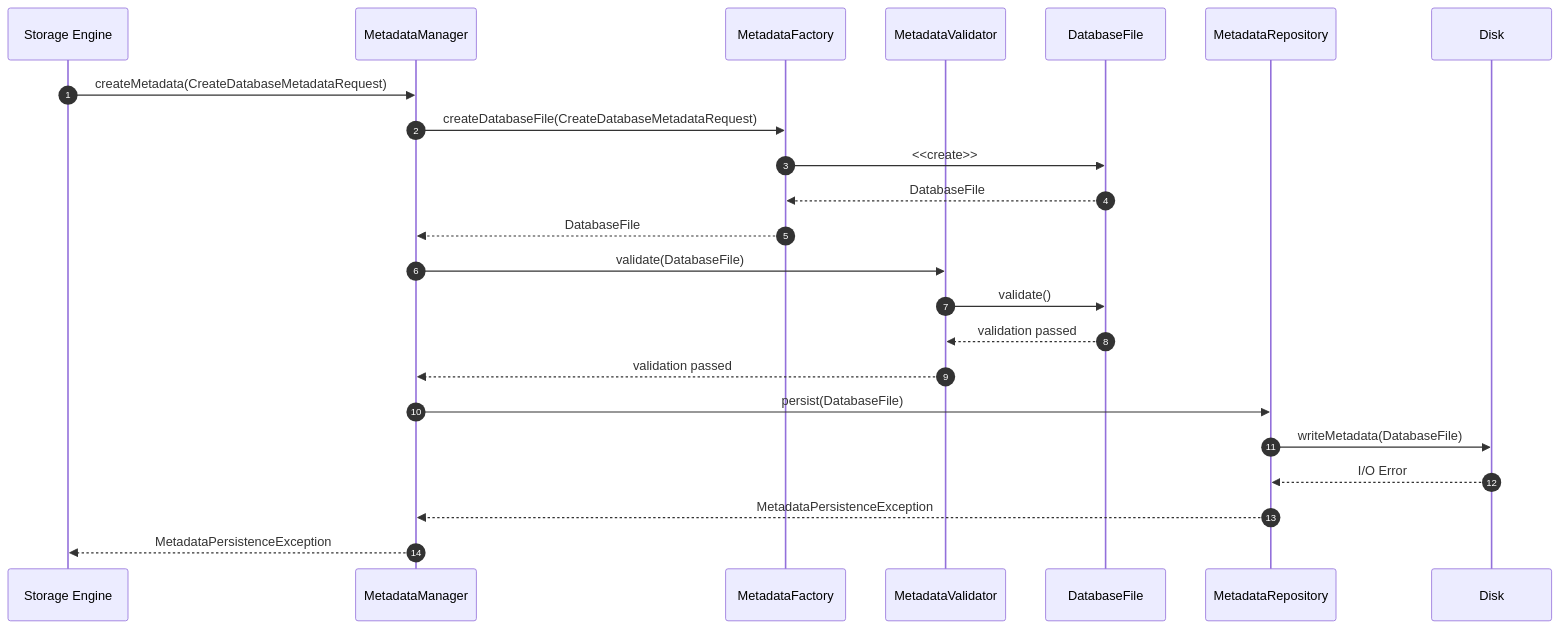
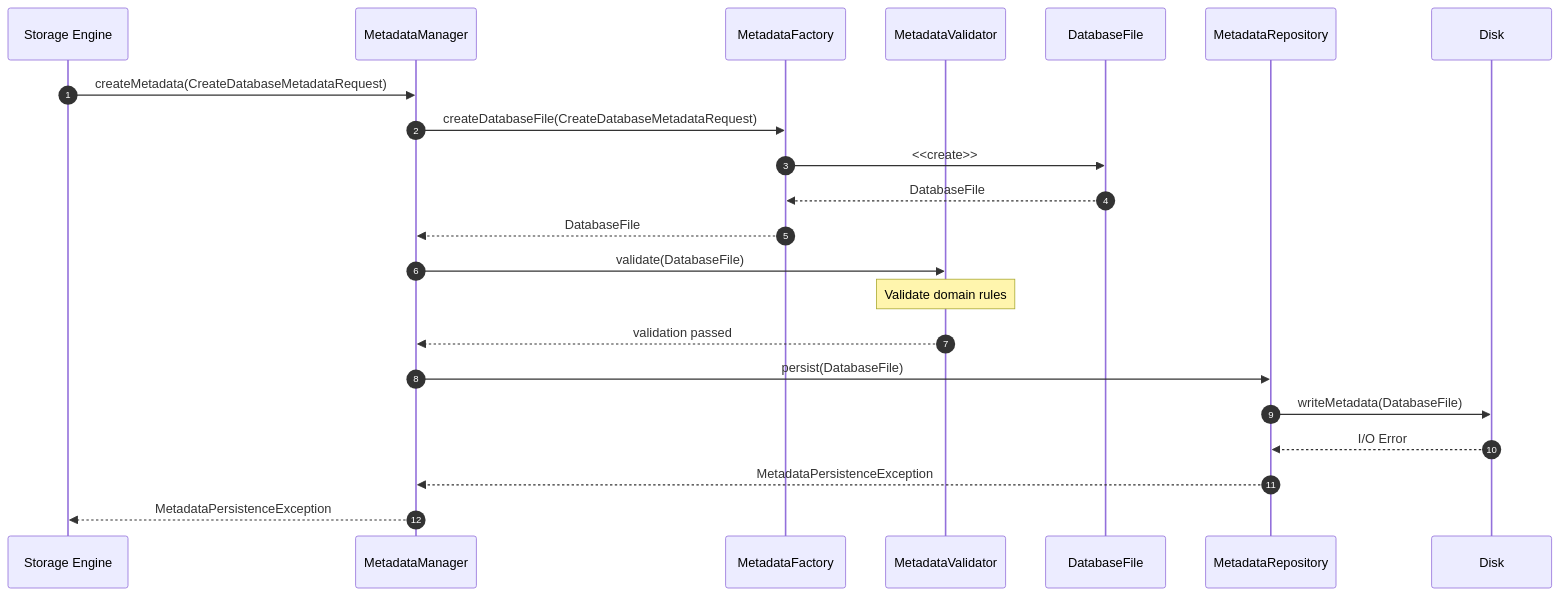
The sixth of 6 diagrams in docs/data-storage-and-access/file-management/file-metadata/sequence-diagrams/01-create-database-metadata.md (Huy1801214/dbms-architecture), drawn with Mermaid before and after one commit. The commit also changed other lines of this file and 39 other files, not shown here.

````diff
--- a/docs/data-storage-and-access/file-management/file-metadata/sequence-diagrams/01-create-database-metadata.md
+++ b/docs/data-storage-and-access/file-management/file-metadata/sequence-diagrams/01-create-database-metadata.md
@@ -166,32 +164,31 @@
 ```mermaid
 sequenceDiagram
     autonumber
 
     participant SE as Storage Engine
     participant MM as MetadataManager
     participant MF as MetadataFactory
     participant MV as MetadataValidator
     participant DF as DatabaseFile
     participant MR as MetadataRepository
     participant Disk as Disk
 
     SE->>MM: createMetadata(CreateDatabaseMetadataRequest)
 
     MM->>MF: createDatabaseFile(CreateDatabaseMetadataRequest)
     MF->>DF: <<create>>
     DF-->>MF: DatabaseFile
     MF-->>MM: DatabaseFile
 
     MM->>MV: validate(DatabaseFile)
-    MV->>DF: validate()
-    DF-->>MV: validation passed
+    Note over MV: Validate domain rules
     MV-->>MM: validation passed
 
     MM->>MR: persist(DatabaseFile)
     MR->>Disk: writeMetadata(DatabaseFile)
 
     Disk-->>MR: I/O Error
 
     MR-->>MM: MetadataPersistenceException
     MM-->>SE: MetadataPersistenceException
 ```
````
